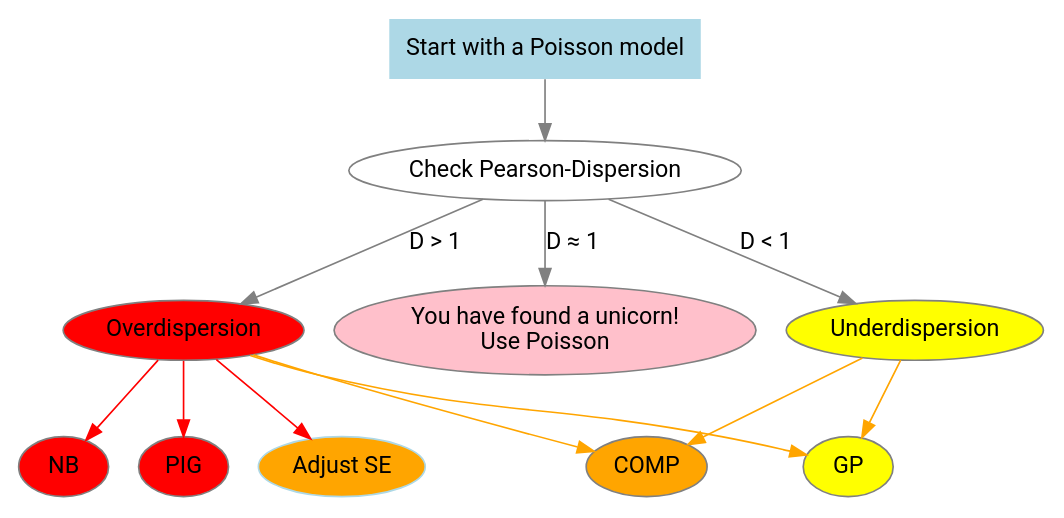
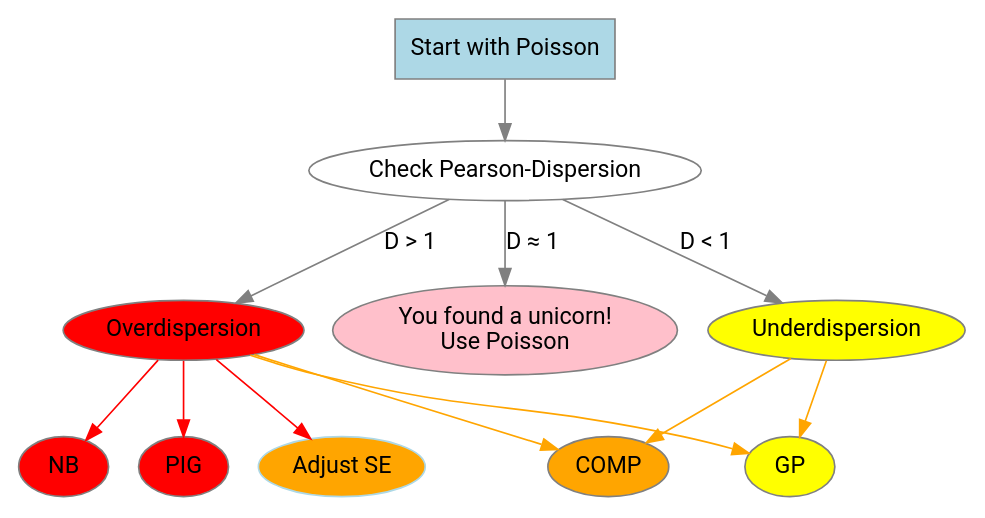
Before and after one commit to jemus42/poisson-regression: the diagram in graphs/decision-guide.dot, drawn with Graphviz.

Commit message:
Tweak graph

```diff
--- a/graphs/decision-guide.dot
+++ b/graphs/decision-guide.dot
@@ -1,51 +1,51 @@
 digraph decisiontree {
 
 graph [layout = dot]
 
 ################################
 #### Global node attributes ####
 ################################
 node [shape = oval,
       style = filled,
       color = grey,
       fontname = "Roboto"]
 edge [fontname = "Roboto"]
 
 node [fillcolor = white]
-start [label = "Start with a Poisson model",
-       shape = plaintext,
+start [label = "Start with Poisson",
+       shape = rectangle,
        fillcolor = "lightblue"]
 
 ################################
 #### First step             ####
 ################################
 node [fillcolor = white]
 checkdisp [label = "Check Pearson-Dispersion"]
 
 ud [label = "Underdispersion", fillcolor = "yellow"]
-unicorn [label = "You have found a unicorn!\nUse Poisson", fillcolor = pink]
+unicorn [label = "You found a unicorn!\nUse Poisson", fillcolor = pink]
 od [label = "Overdispersion", fillcolor = "red"]
 
 node [fillcolor = orange]
 
 edge [color = grey]
 start -> checkdisp [label = ""]
 checkdisp -> ud [label = "D < 1"]
 checkdisp -> unicorn [label = "D ≈ 1"]
 checkdisp -> od [label = "D > 1"]
 #unicorn -> start [label = "Use actual Poisson regression"]
 
 node []
 se_adjust [label = "Adjust SE", color = lightblue]
 nbin [label = "NB", fillcolor = red]
 pig [label = "PIG", fillcolor = red]
 cmp [label = "COMP", fillcolor = orange]
 gpois [label = "GP", fillcolor = yellow]
 
 edge [color = red]
 od -> {nbin pig se_adjust}
 #edge [color = yellow]
 #ud -> gpois
 edge [color = orange]
 od, ud -> {cmp, gpois}
 }
```
